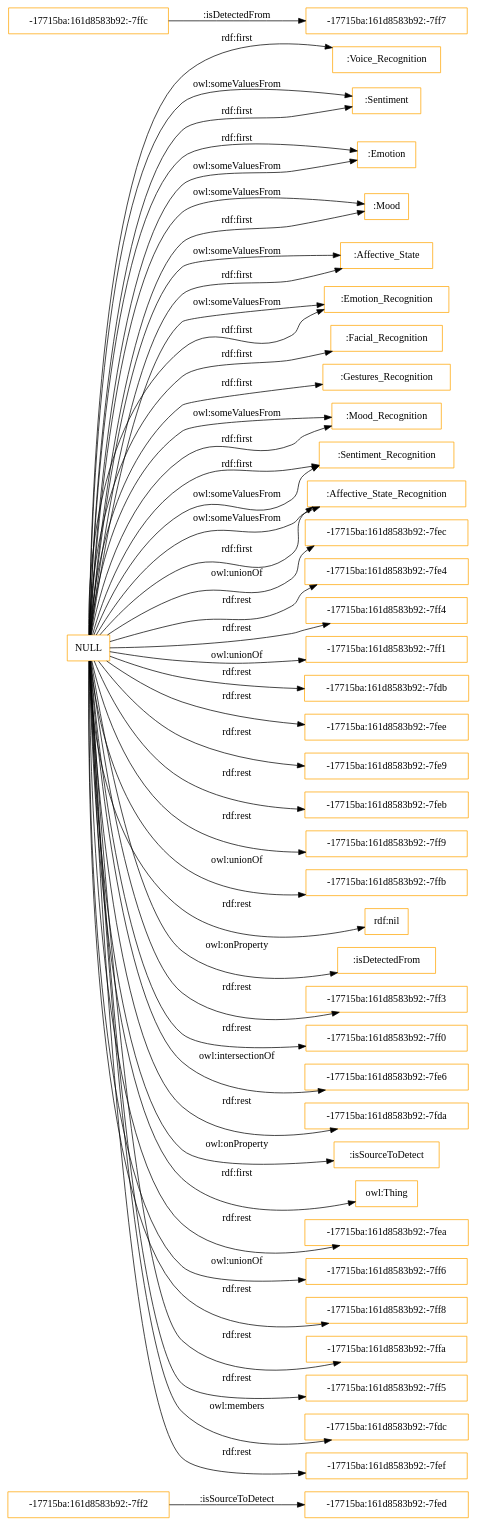
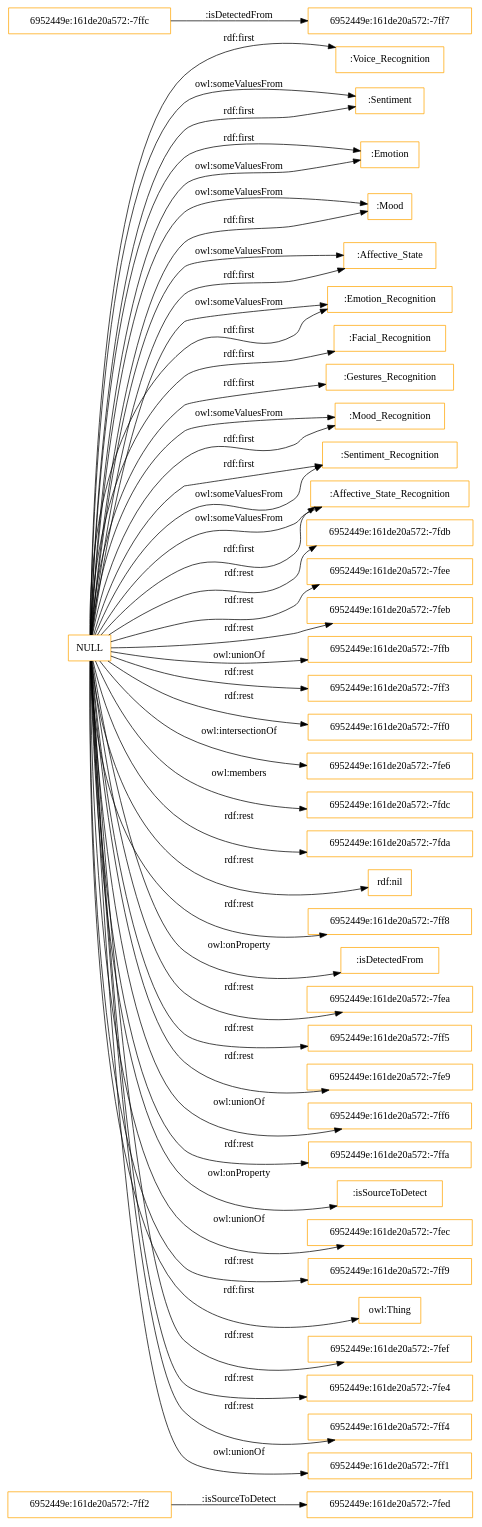
Before and after one commit to rana-othman/HASIO-Modularization: the diagram in OnToology/Affective_States_Recognition_Module.owl/diagrams/ar2dtool-class/Affective_States_Recognition_Module.owl.png.dot, drawn with Graphviz. The commit also changed 72 other files, not shown here.

```diff
--- a/OnToology/Affective_States_Recognition_Module.owl/diagrams/ar2dtool-class/Affective_States_Recognition_Module.owl.png.dot
+++ b/OnToology/Affective_States_Recognition_Module.owl/diagrams/ar2dtool-class/Affective_States_Recognition_Module.owl.png.dot
@@ -1,52 +1,52 @@
 digraph ar2dtool_diagram { 
 rankdir=LR;
 size="1501"
-node [shape = rectangle, color="orange"]; "-17715ba:161d8583b92:-7fed" ":Voice_Recognition" ":Sentiment" "-17715ba:161d8583b92:-7ffc" ":Emotion" ":Mood" ":Affective_State" ":Emotion_Recognition" "-17715ba:161d8583b92:-7ff2" ":Facial_Recognition" "-17715ba:161d8583b92:-7ff7" ":Gestures_Recognition" ":Mood_Recognition" ":Sentiment_Recognition" ":Affective_State_Recognition" ; /*classes style*/
-	"NULL" -> "-17715ba:161d8583b92:-7fec" [ label = "owl:unionOf" ];
+node [shape = rectangle, color="orange"]; "6952449e:161de20a572:-7fed" ":Voice_Recognition" ":Sentiment" ":Emotion" ":Mood" ":Affective_State" ":Emotion_Recognition" "6952449e:161de20a572:-7ffc" ":Facial_Recognition" "6952449e:161de20a572:-7ff2" ":Gestures_Recognition" ":Mood_Recognition" ":Sentiment_Recognition" "6952449e:161de20a572:-7ff7" ":Affective_State_Recognition" ; /*classes style*/
+	"NULL" -> "6952449e:161de20a572:-7fdb" [ label = "rdf:rest" ];
 	"NULL" -> ":Sentiment_Recognition" [ label = "rdf:first" ];
-	"NULL" -> "-17715ba:161d8583b92:-7fe4" [ label = "rdf:rest" ];
+	"NULL" -> "6952449e:161de20a572:-7fee" [ label = "rdf:rest" ];
+	"NULL" -> "6952449e:161de20a572:-7feb" [ label = "rdf:rest" ];
 	"NULL" -> ":Voice_Recognition" [ label = "rdf:first" ];
-	"NULL" -> "-17715ba:161d8583b92:-7ff4" [ label = "rdf:rest" ];
 	"NULL" -> ":Mood_Recognition" [ label = "owl:someValuesFrom" ];
-	"NULL" -> "-17715ba:161d8583b92:-7ff1" [ label = "owl:unionOf" ];
+	"NULL" -> "6952449e:161de20a572:-7ffb" [ label = "owl:unionOf" ];
 	"NULL" -> ":Emotion_Recognition" [ label = "owl:someValuesFrom" ];
-	"NULL" -> "-17715ba:161d8583b92:-7fdb" [ label = "rdf:rest" ];
-	"NULL" -> "-17715ba:161d8583b92:-7fee" [ label = "rdf:rest" ];
-	"NULL" -> "-17715ba:161d8583b92:-7fe9" [ label = "rdf:rest" ];
+	"NULL" -> "6952449e:161de20a572:-7ff3" [ label = "rdf:rest" ];
+	"NULL" -> "6952449e:161de20a572:-7ff0" [ label = "rdf:rest" ];
+	"NULL" -> "6952449e:161de20a572:-7fe6" [ label = "owl:intersectionOf" ];
 	"NULL" -> ":Emotion_Recognition" [ label = "rdf:first" ];
-	"NULL" -> "-17715ba:161d8583b92:-7feb" [ label = "rdf:rest" ];
-	"NULL" -> "-17715ba:161d8583b92:-7ff9" [ label = "rdf:rest" ];
+	"NULL" -> "6952449e:161de20a572:-7fdc" [ label = "owl:members" ];
+	"NULL" -> "6952449e:161de20a572:-7fda" [ label = "rdf:rest" ];
 	"NULL" -> ":Facial_Recognition" [ label = "rdf:first" ];
-	"NULL" -> "-17715ba:161d8583b92:-7ffb" [ label = "owl:unionOf" ];
 	"NULL" -> "rdf:nil" [ label = "rdf:rest" ];
+	"NULL" -> "6952449e:161de20a572:-7ff8" [ label = "rdf:rest" ];
 	"NULL" -> ":isDetectedFrom" [ label = "owl:onProperty" ];
-	"NULL" -> "-17715ba:161d8583b92:-7ff3" [ label = "rdf:rest" ];
+	"NULL" -> "6952449e:161de20a572:-7fea" [ label = "rdf:rest" ];
 	"NULL" -> ":Mood" [ label = "owl:someValuesFrom" ];
-	"NULL" -> "-17715ba:161d8583b92:-7ff0" [ label = "rdf:rest" ];
+	"NULL" -> "6952449e:161de20a572:-7ff5" [ label = "rdf:rest" ];
+	"NULL" -> "6952449e:161de20a572:-7fe9" [ label = "rdf:rest" ];
 	"NULL" -> ":Emotion" [ label = "rdf:first" ];
+	"NULL" -> "6952449e:161de20a572:-7ff6" [ label = "owl:unionOf" ];
+	"NULL" -> "6952449e:161de20a572:-7ffa" [ label = "rdf:rest" ];
 	"NULL" -> ":Sentiment" [ label = "owl:someValuesFrom" ];
-	"NULL" -> "-17715ba:161d8583b92:-7fe6" [ label = "owl:intersectionOf" ];
-	"NULL" -> "-17715ba:161d8583b92:-7fda" [ label = "rdf:rest" ];
 	"NULL" -> ":isSourceToDetect" [ label = "owl:onProperty" ];
+	"NULL" -> "6952449e:161de20a572:-7fec" [ label = "owl:unionOf" ];
+	"NULL" -> "6952449e:161de20a572:-7ff9" [ label = "rdf:rest" ];
 	"NULL" -> "owl:Thing" [ label = "rdf:first" ];
 	"NULL" -> ":Emotion" [ label = "owl:someValuesFrom" ];
 	"NULL" -> ":Affective_State_Recognition" [ label = "owl:someValuesFrom" ];
 	"NULL" -> ":Affective_State" [ label = "owl:someValuesFrom" ];
-	"NULL" -> "-17715ba:161d8583b92:-7fea" [ label = "rdf:rest" ];
-	"NULL" -> "-17715ba:161d8583b92:-7ff6" [ label = "owl:unionOf" ];
+	"NULL" -> "6952449e:161de20a572:-7fef" [ label = "rdf:rest" ];
 	"NULL" -> ":Mood_Recognition" [ label = "rdf:first" ];
-	"NULL" -> "-17715ba:161d8583b92:-7ff8" [ label = "rdf:rest" ];
 	"NULL" -> ":Gestures_Recognition" [ label = "rdf:first" ];
 	"NULL" -> ":Sentiment_Recognition" [ label = "owl:someValuesFrom" ];
-	"NULL" -> "-17715ba:161d8583b92:-7ffa" [ label = "rdf:rest" ];
-	"NULL" -> "-17715ba:161d8583b92:-7ff5" [ label = "rdf:rest" ];
-	"NULL" -> "-17715ba:161d8583b92:-7fdc" [ label = "owl:members" ];
+	"NULL" -> "6952449e:161de20a572:-7fe4" [ label = "rdf:rest" ];
 	"NULL" -> ":Mood" [ label = "rdf:first" ];
 	"NULL" -> ":Affective_State_Recognition" [ label = "rdf:first" ];
 	"NULL" -> ":Affective_State" [ label = "rdf:first" ];
+	"NULL" -> "6952449e:161de20a572:-7ff4" [ label = "rdf:rest" ];
 	"NULL" -> ":Sentiment" [ label = "rdf:first" ];
-	"NULL" -> "-17715ba:161d8583b92:-7fef" [ label = "rdf:rest" ];
-	"-17715ba:161d8583b92:-7ffc" -> "-17715ba:161d8583b92:-7ff7" [ label = ":isDetectedFrom" ];
-	"-17715ba:161d8583b92:-7ff2" -> "-17715ba:161d8583b92:-7fed" [ label = ":isSourceToDetect" ];
+	"NULL" -> "6952449e:161de20a572:-7ff1" [ label = "owl:unionOf" ];
+	"6952449e:161de20a572:-7ffc" -> "6952449e:161de20a572:-7ff7" [ label = ":isDetectedFrom" ];
+	"6952449e:161de20a572:-7ff2" -> "6952449e:161de20a572:-7fed" [ label = ":isSourceToDetect" ];
 
 }
```
